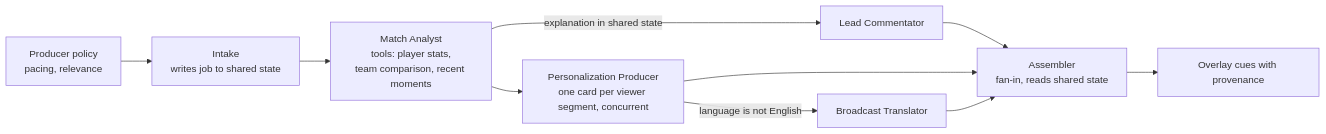
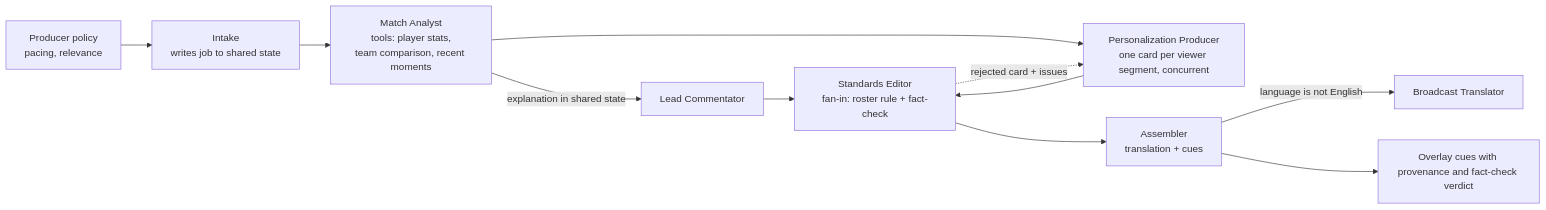
Before and after one commit to UttyWotty/insidethegame-microsoft-hackathon: the second of 4 diagrams in docs/ARCHITECTURE.md, drawn with Mermaid. The commit also changed other lines of this file and 20 other files, not shown here.

First line of the commit message:
Add a fact-checking agent that sends rejected cards back for revision

````diff
--- a/docs/ARCHITECTURE.md
+++ b/docs/ARCHITECTURE.md
@@ -42,12 +42,13 @@
 ```mermaid
 flowchart LR
     P[Producer policy<br/>pacing, relevance] --> I[Intake<br/>writes job to shared state]
     I --> A[Match Analyst<br/>tools: player stats,<br/>team comparison, recent moments]
     A -->|explanation in shared state| N[Lead Commentator]
     A --> Z[Personalization Producer<br/>one card per viewer segment, concurrent]
-    Z -->|language is not English| T[Broadcast Translator]
-    N --> J[Assembler<br/>fan-in, reads shared state]
-    Z --> J
-    T --> J
-    J --> C[Overlay cues with provenance]
+    N --> F[Standards Editor<br/>fan-in: roster rule + fact-check]
+    Z --> F
+    F -. rejected card + issues .-> Z
+    F --> J[Assembler<br/>translation + cues]
+    J -->|language is not English| T[Broadcast Translator]
+    J --> C[Overlay cues with provenance and fact-check verdict]
 ```
````
